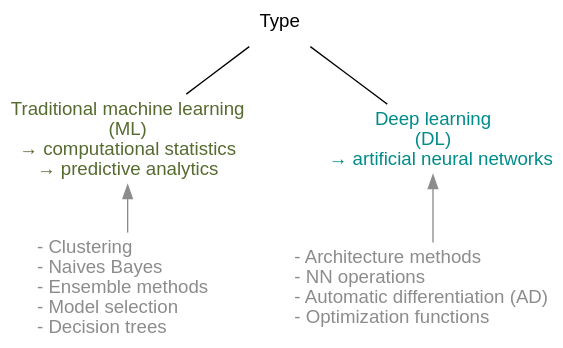
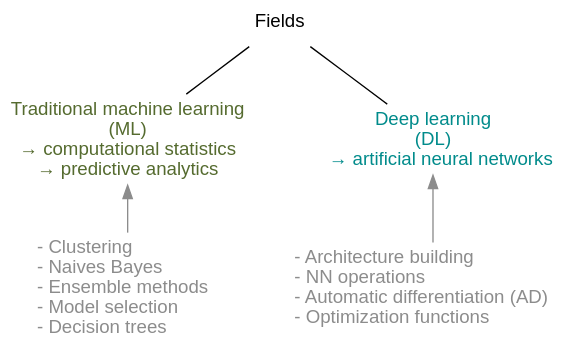
The second of 23 diagrams in ml/frameworks_slides.qmd (WestDRI/arc-training), drawn with Graphviz before and after one commit. The commit also changed other lines of this file, not shown here.

````diff
--- a/ml/frameworks_slides.qmd
+++ b/ml/frameworks_slides.qmd
@@ -47,21 +59,21 @@
 ```{dot}
 //| echo: false
 
 strict digraph {
   
 bgcolor="transparent"
 node [fontname="Inconsolata, sans-serif", shape=plaintext]
 
 ml [label="Traditional machine learning\n(ML)\n→ computational statistics\n→ predictive analytics", URL="https://en.wikipedia.org/wiki/Computational_statistics", fontcolor=darkolivegreen]
 dl [label="Deep learning\n(DL)\n    → artificial neural networks", URL="https://en.wikipedia.org/wiki/Deep_learning", fontcolor=darkcyan]
 
-Type -> {ml dl} [dir=none]
+Fields -> {ml dl} [dir=none]
 
 1 [label="- Clustering\l- Naives Bayes\l- Ensemble methods\l- Model selection\l- Decision trees\l", shape=plaintext, fontcolor=gray55]
-2 [label="- Architecture methods\l- NN operations\l- Automatic differentiation (AD)\l- Optimization functions\l", shape=plaintext, fontcolor=gray55]
+2 [label="- Architecture building\l- NN operations\l- Automatic differentiation (AD)\l- Optimization functions\l", shape=plaintext, fontcolor=gray55]
 
 ml -> 1 [dir=back, color=gray55]
 dl -> 2 [dir=back, color=gray55]
 
 }
 ```
````
